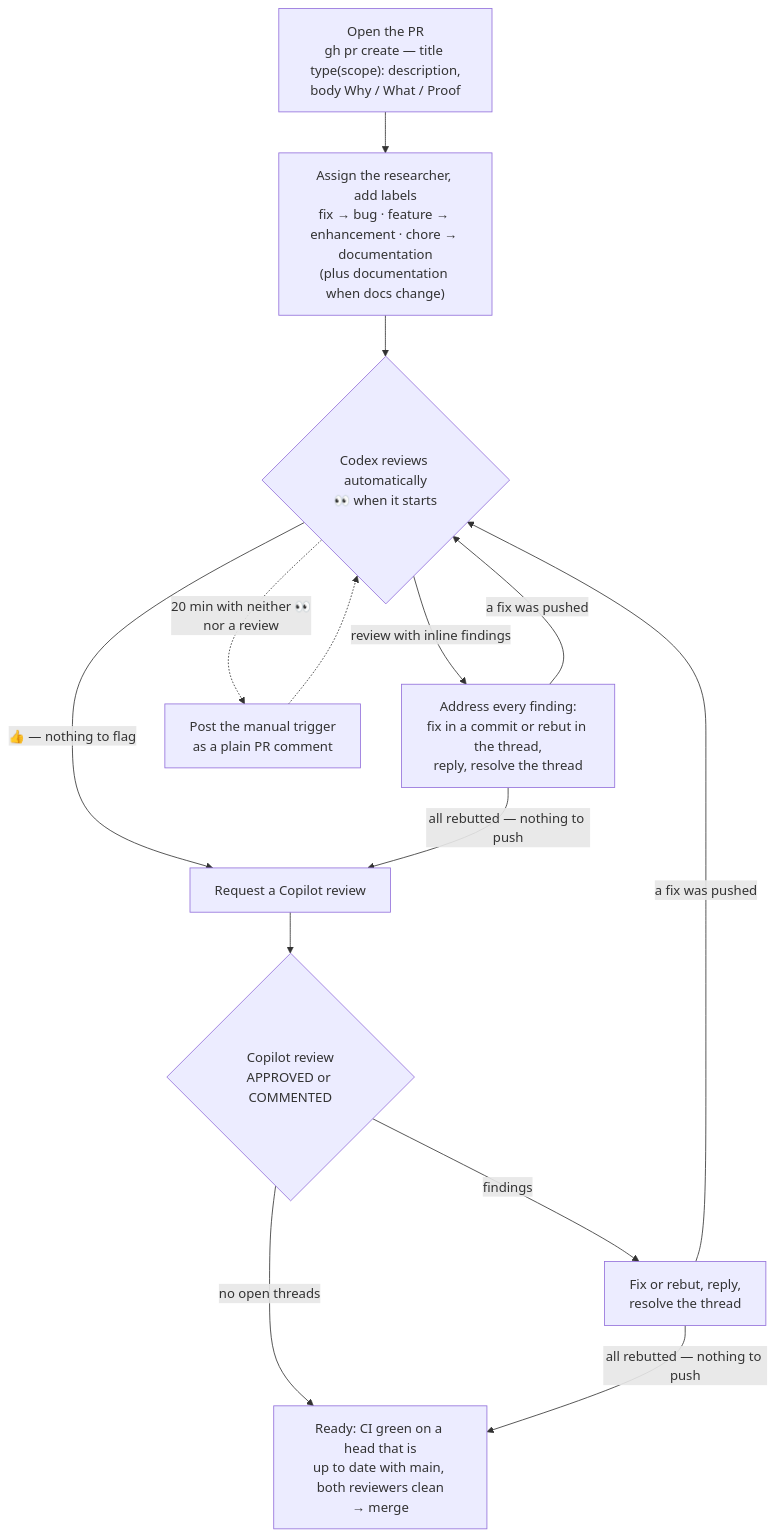
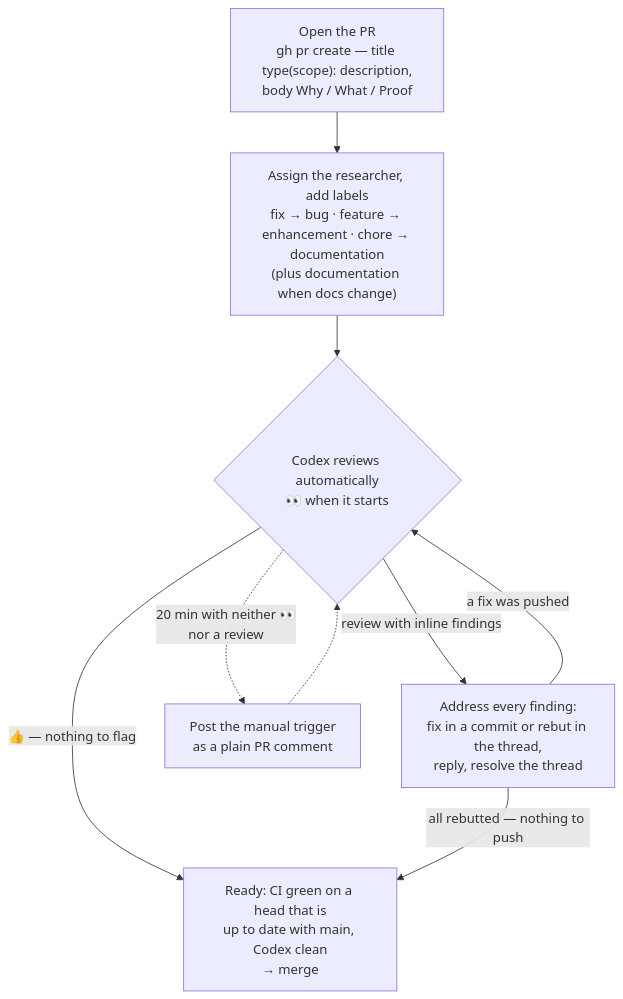
The second of 2 diagrams in docs/README.md (hankehly/power-market-analytics), drawn with Mermaid before and after one commit. The commit also changed other lines of this file and 1 other file, not shown here.

First line of the commit message:
docs(claude-md): review PRs with Codex only, drop the Copilot step

````diff
--- a/docs/README.md
+++ b/docs/README.md
@@ -567,17 +568,12 @@
 ```mermaid
 flowchart TD
     open["Open the PR<br/>gh pr create — title type(scope): description,<br/>body Why / What / Proof"]
     open --> meta["Assign the researcher, add labels<br/>fix → bug · feature → enhancement · chore → documentation<br/>(plus documentation when docs change)"]
     meta --> codex{"Codex reviews automatically<br/>👀 when it starts"}
-    codex -->|"👍 — nothing to flag"| copilot
+    codex -->|"👍 — nothing to flag"| ready["Ready: CI green on a head that is<br/>up to date with main, Codex clean<br/>→ merge"]
     codex -->|"review with inline findings"| fix["Address every finding:<br/>fix in a commit or rebut in the thread,<br/>reply, resolve the thread"]
     fix -->|"a fix was pushed"| codex
-    fix -->|"all rebutted — nothing to push"| copilot
+    fix -->|"all rebutted — nothing to push"| ready
     codex -.->|"20 min with neither 👀<br/>nor a review"| nudge["Post the manual trigger<br/>as a plain PR comment"]
     nudge -.-> codex
-    copilot["Request a Copilot review"] --> verdict{"Copilot review<br/>APPROVED or COMMENTED"}
-    verdict -->|"no open threads"| ready["Ready: CI green on a head that is<br/>up to date with main, both reviewers clean<br/>→ merge"]
-    verdict -->|"findings"| cfix["Fix or rebut, reply,<br/>resolve the thread"]
-    cfix -->|"a fix was pushed"| codex
-    cfix -->|"all rebutted — nothing to push"| ready
 ```
````
